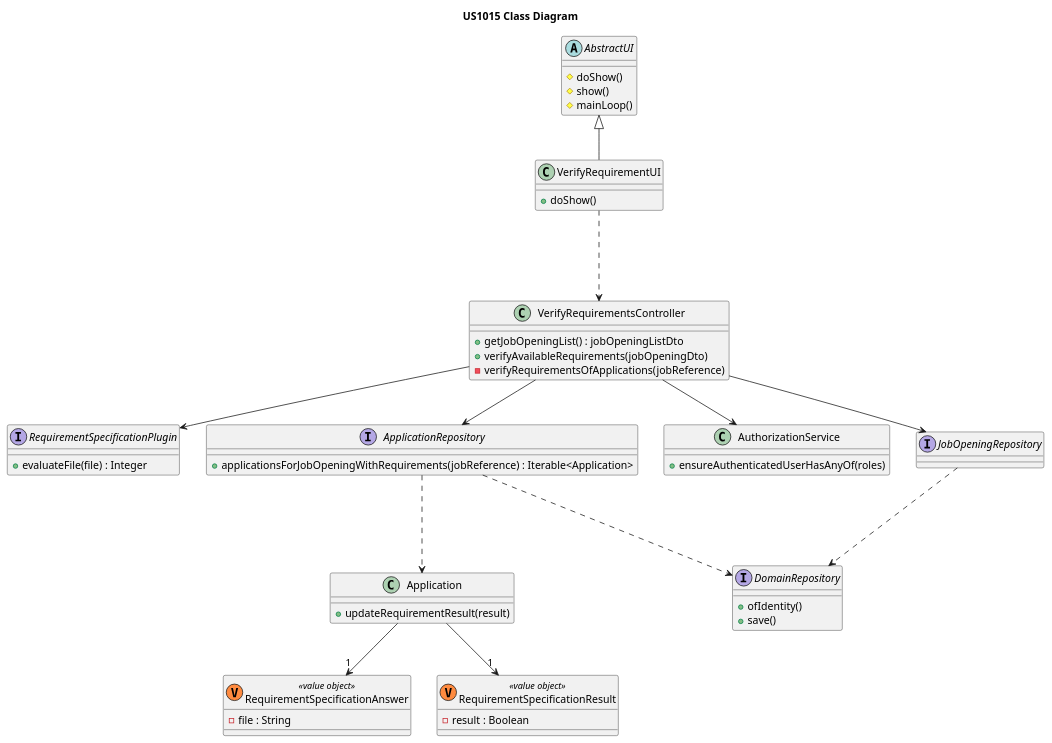
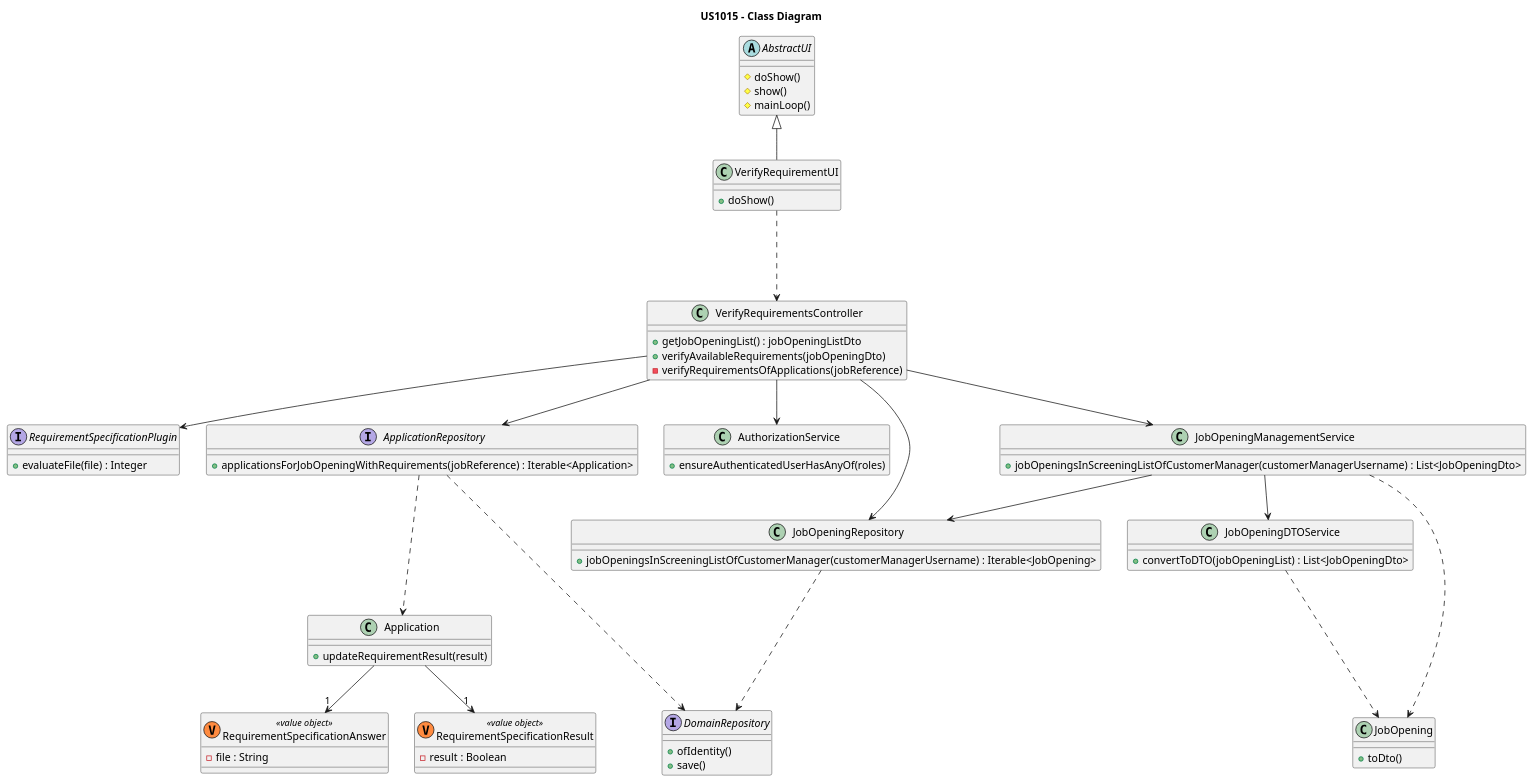
Before and after one commit to rita-barbosa/LAPR4-2324: the diagram in docs/sprint-c/us_1015/design-diagrams/class-diagram.puml, drawn with PlantUML. The commit also changed 3 other files, not shown here.

Commit message:
docs: update sequence and class diagram of us1015 [#168]

```diff
--- a/docs/sprint-c/us_1015/design-diagrams/class-diagram.puml
+++ b/docs/sprint-c/us_1015/design-diagrams/class-diagram.puml
@@ -1,81 +1,95 @@
 @startuml
 'https://plantuml.com/class-diagram
 
-title US1015 Class Diagram
+title US1015 - Class Diagram
 
 
 
 abstract class AbstractUI {
     # doShow()
     # show()
     # mainLoop()
 }
-
 
 class VerifyRequirementUI {
 + doShow()
 }
 
 class VerifyRequirementsController  {
 + getJobOpeningList() : jobOpeningListDto
 + verifyAvailableRequirements(jobOpeningDto)
 - verifyRequirementsOfApplications(jobReference)
 }
 
 'Requirements
 interface RequirementSpecificationPlugin {
 + evaluateFile(file) : Integer
 }
 
 interface ApplicationRepository {
 + applicationsForJobOpeningWithRequirements(jobReference) : Iterable<Application>
 }
 
 class Application {
 + updateRequirementResult(result)
 }
 
-
 class AuthorizationService {
 + ensureAuthenticatedUserHasAnyOf(roles)
 }
-
 
 class RequirementSpecificationAnswer <<(V,#FF8B40) value object>> {
 - file : String
 }
 
 class RequirementSpecificationResult <<(V,#FF8B40) value object>> {
 - result : Boolean
 }
 
-interface JobOpeningRepository {
-}
-
-
-
 interface DomainRepository {
 + ofIdentity()
 + save()
 }
+
+class JobOpeningRepository {
++ jobOpeningsInScreeningListOfCustomerManager(customerManagerUsername) : Iterable<JobOpening>
+}
+
+class JobOpeningManagementService{
++ jobOpeningsInScreeningListOfCustomerManager(customerManagerUsername) : List<JobOpeningDto>
+}
+class JobOpeningDTOService{
++ convertToDTO(jobOpeningList) : List<JobOpeningDto>
+}
+class JobOpening {
++ toDto()
+}
+
+
 
 AbstractUI <|-- VerifyRequirementUI
 
 VerifyRequirementUI .--> VerifyRequirementsController
 
 VerifyRequirementsController --> AuthorizationService
 VerifyRequirementsController --> JobOpeningRepository
 VerifyRequirementsController --> ApplicationRepository
 VerifyRequirementsController --> RequirementSpecificationPlugin
+VerifyRequirementsController --> JobOpeningManagementService
+
+JobOpeningManagementService --> JobOpeningRepository
+JobOpeningManagementService --> JobOpeningDTOService
+JobOpeningManagementService .-> JobOpening
+JobOpeningDTOService .--> JobOpening
+
+
 
 ApplicationRepository .--> Application
 Application --> "1" RequirementSpecificationResult
 Application --> "1" RequirementSpecificationAnswer
 
 
 ApplicationRepository .--> DomainRepository
 JobOpeningRepository .--> DomainRepository
 
-
-
 @enduml
```
